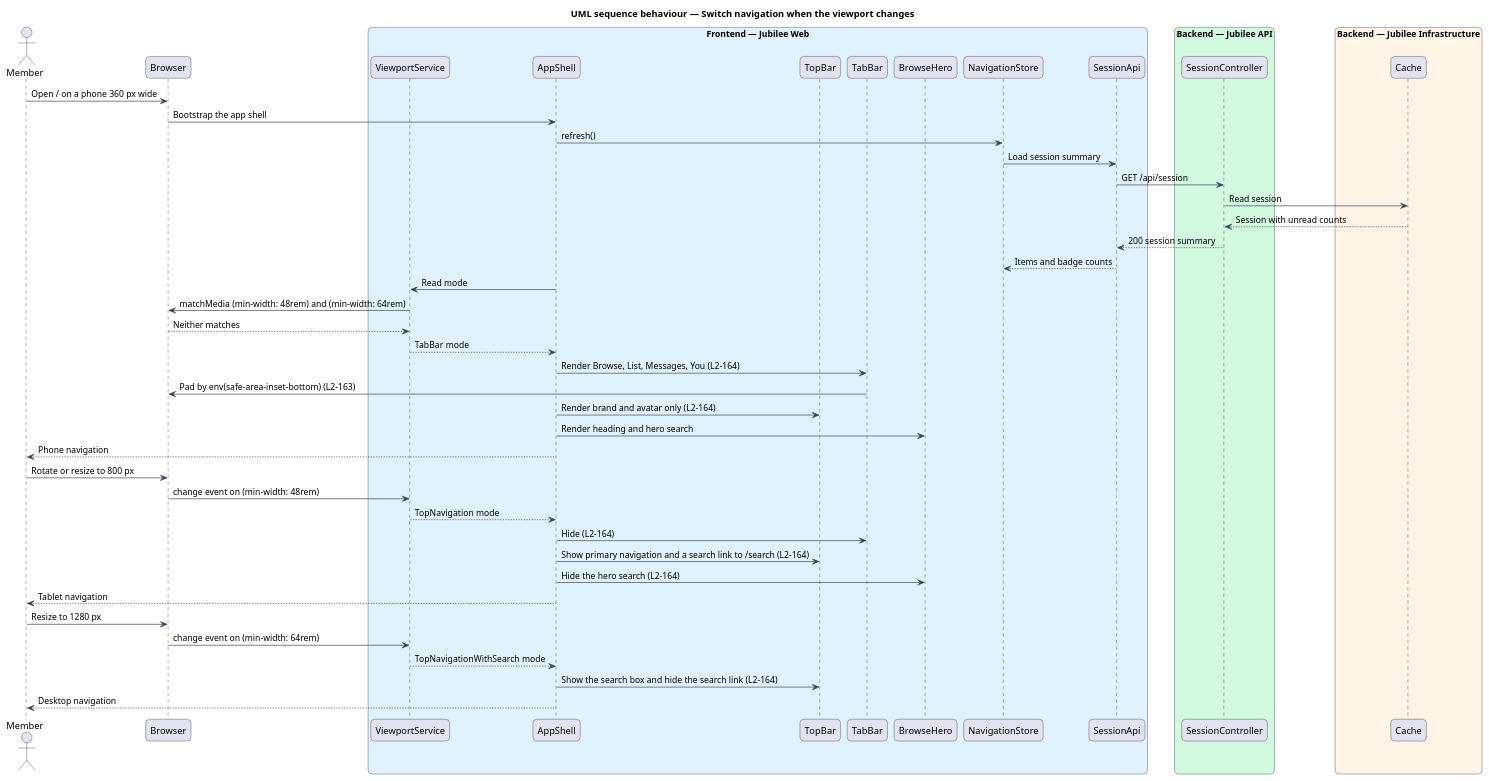
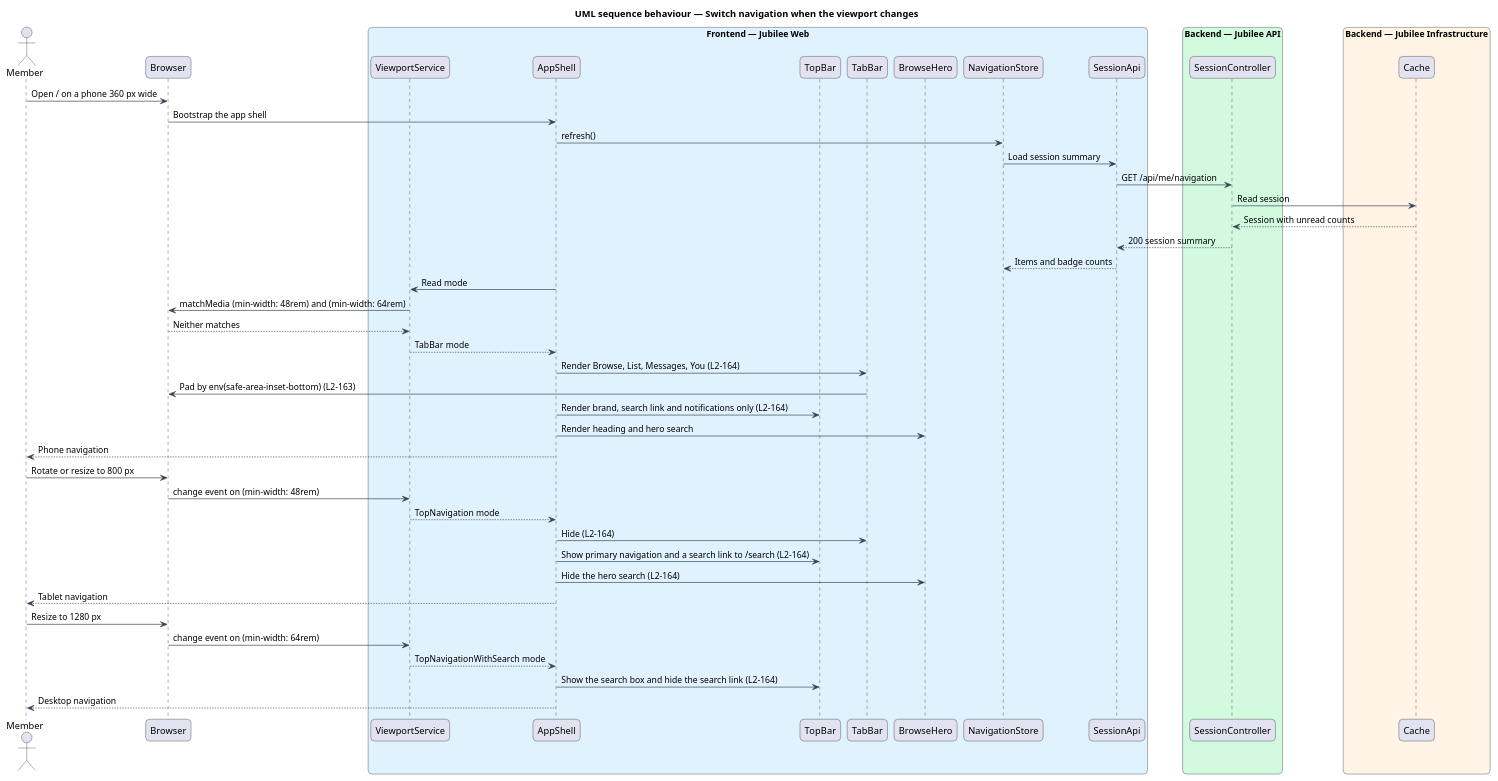
The diagram in docs/detailed-designs/responsive-design/adapt-navigation/diagrams/sequence-switch-navigation.puml (QuinntyneBrown/jubilee), drawn with PlantUML before and after one commit. The commit also changed 28 other files, not shown here.

```diff
--- a/docs/detailed-designs/responsive-design/adapt-navigation/diagrams/sequence-switch-navigation.puml
+++ b/docs/detailed-designs/responsive-design/adapt-navigation/diagrams/sequence-switch-navigation.puml
@@ -1,67 +1,67 @@
 @startuml
 title UML sequence behaviour — Switch navigation when the viewport changes
 skinparam backgroundColor #FFFFFF
 skinparam shadowing false
 skinparam roundcorner 12
 skinparam defaultFontName Arial
 skinparam ArrowColor #344054
 skinparam rectangle {
   BorderColor #344054
   FontColor #101828
 }
 skinparam package {
   BorderColor #667085
   FontColor #101828
   BackgroundColor #F9FAFB
 }
 actor "Member" as actor
 participant "Browser" as browser
 box "Frontend — Jubilee Web" #E0F2FE
   participant "ViewportService" as viewport
   participant "AppShell" as shell
   participant "TopBar" as topbar
   participant "TabBar" as tabbar
   participant "BrowseHero" as hero
   participant "NavigationStore" as nav
   participant "SessionApi" as client
 end box
 box "Backend — Jubilee API" #D1FADF
   participant "SessionController" as controller
 end box
 box "Backend — Jubilee Infrastructure" #FFF4E5
   participant "Cache" as cache
 end box
 
 actor -> browser : Open / on a phone 360 px wide
 browser -> shell : Bootstrap the app shell
 shell -> nav : refresh()
 nav -> client : Load session summary
-client -> controller : GET /api/session
+client -> controller : GET /api/me/navigation
 controller -> cache : Read session
 cache --> controller : Session with unread counts
 controller --> client : 200 session summary
 client --> nav : Items and badge counts
 shell -> viewport : Read mode
 viewport -> browser : matchMedia (min-width: 48rem) and (min-width: 64rem)
 browser --> viewport : Neither matches
 viewport --> shell : TabBar mode
 shell -> tabbar : Render Browse, List, Messages, You (L2-164)
 tabbar -> browser : Pad by env(safe-area-inset-bottom) (L2-163)
-shell -> topbar : Render brand and avatar only (L2-164)
+shell -> topbar : Render brand, search link and notifications only (L2-164)
 shell -> hero : Render heading and hero search
 shell --> actor : Phone navigation
 
 actor -> browser : Rotate or resize to 800 px
 browser -> viewport : change event on (min-width: 48rem)
 viewport --> shell : TopNavigation mode
 shell -> tabbar : Hide (L2-164)
 shell -> topbar : Show primary navigation and a search link to /search (L2-164)
 shell -> hero : Hide the hero search (L2-164)
 shell --> actor : Tablet navigation
 
 actor -> browser : Resize to 1280 px
 browser -> viewport : change event on (min-width: 64rem)
 viewport --> shell : TopNavigationWithSearch mode
 shell -> topbar : Show the search box and hide the search link (L2-164)
 shell --> actor : Desktop navigation
 @enduml
```
